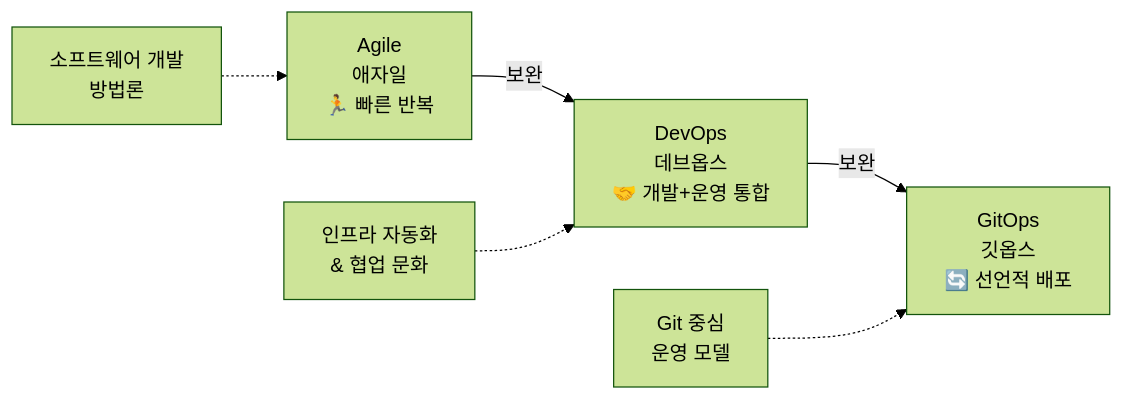
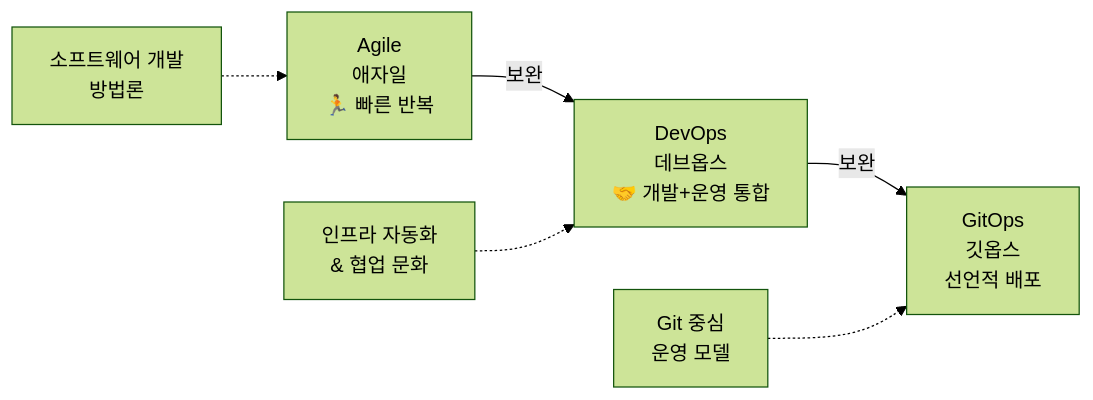
One commit to juwon8891/juwon8891.github.io changed diagram 23 of 41 in docs/cicd/week1-image-build.md. Above: the diagram before and after it, drawn with Mermaid (forest theme). The commit also changed other lines of this file and 3 other files, not shown here.

````diff
--- a/docs/cicd/week1-image-build.md
+++ b/docs/cicd/week1-image-build.md
@@ -1337,18 +1337,18 @@
 ```mermaid
 graph LR
     AGILE[Agile<br/>애자일<br/>🏃 빠른 반복]
     DEVOPS[DevOps<br/>데브옵스<br/>🤝 개발+운영 통합]
-    GITOPS[GitOps<br/>깃옵스<br/>🔄 선언적 배포]
+    GITOPS[GitOps<br/>깃옵스<br/>선언적 배포]
 
     AGILE -->|보완| DEVOPS
     DEVOPS -->|보완| GITOPS
 
     AGILE_DESC["소프트웨어 개발<br/>방법론"]
     DEVOPS_DESC["인프라 자동화<br/>& 협업 문화"]
     GITOPS_DESC["Git 중심<br/>운영 모델"]
 
     AGILE_DESC -.-> AGILE
     DEVOPS_DESC -.-> DEVOPS
     GITOPS_DESC -.-> GITOPS
 
 ```
````
